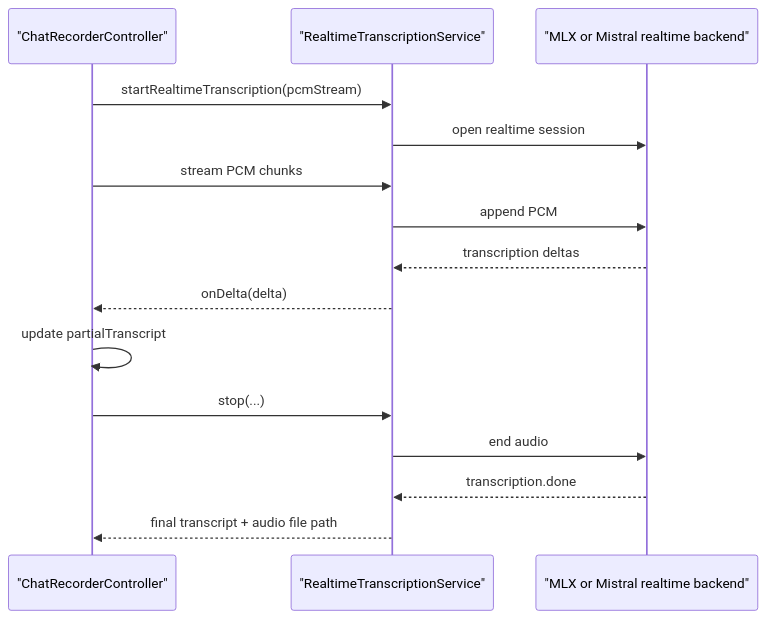
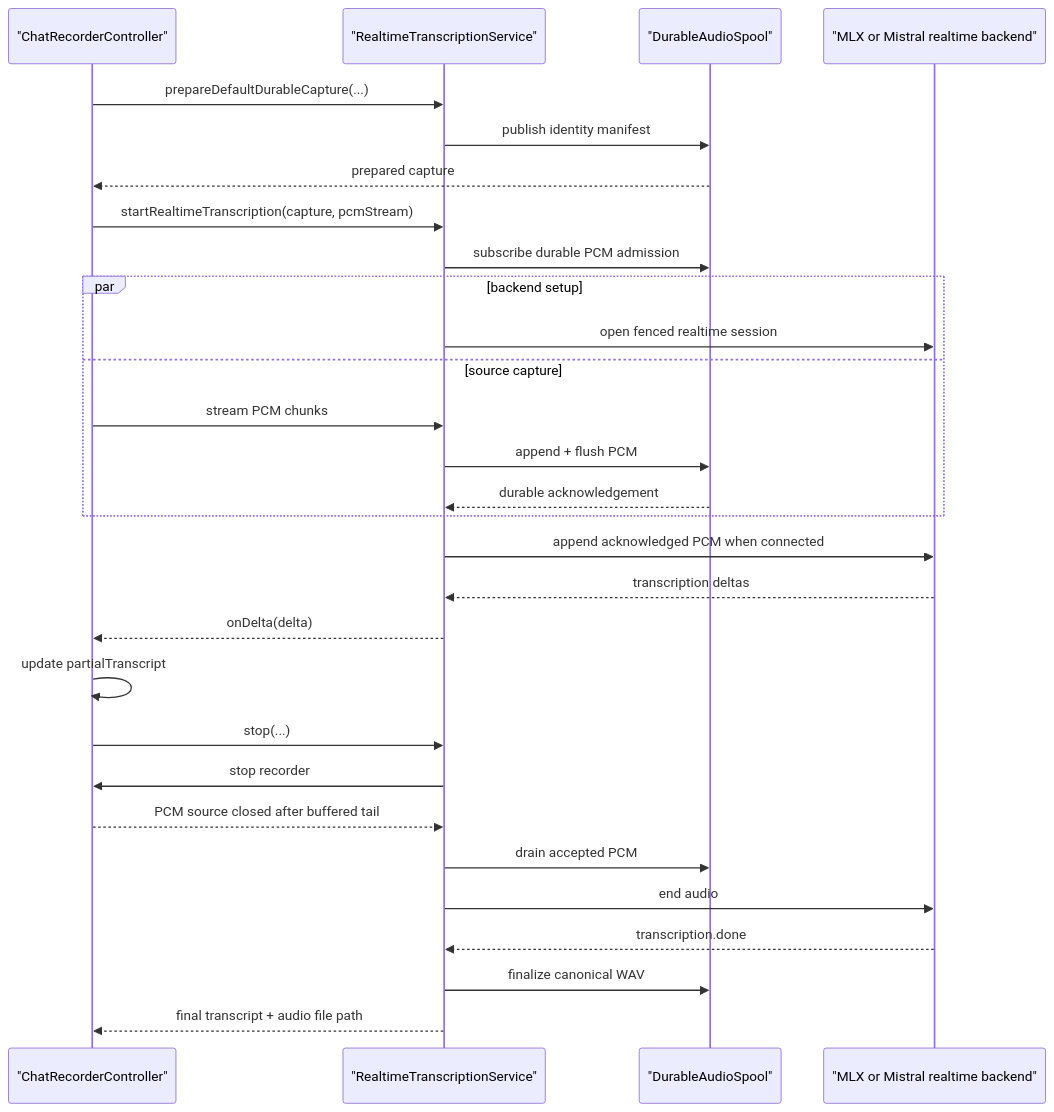
The sixth of 6 diagrams in lib/features/ai_chat/README.md (matthiasn/lotti), drawn with Mermaid before and after one commit. The commit also changed other lines of this file and 74 other files, not shown here.

Commit message:
feat: make day audio capture durable before inference

````diff
--- a/lib/features/ai_chat/README.md
+++ b/lib/features/ai_chat/README.md
@@ -367,18 +378,32 @@
 ```mermaid
 sequenceDiagram
   participant UI as "ChatRecorderController"
   participant RT as "RealtimeTranscriptionService"
+  participant Spool as "DurableAudioSpool"
   participant Backend as "MLX or Mistral realtime backend"
 
-  UI->>RT: startRealtimeTranscription(pcmStream)
-  RT->>Backend: open realtime session
-  UI->>RT: stream PCM chunks
-  RT->>Backend: append PCM
+  UI->>RT: prepareDefaultDurableCapture(...)
+  RT->>Spool: publish identity manifest
+  Spool-->>UI: prepared capture
+  UI->>RT: startRealtimeTranscription(capture, pcmStream)
+  RT->>Spool: subscribe durable PCM admission
+  par backend setup
+    RT->>Backend: open fenced realtime session
+  and source capture
+    UI->>RT: stream PCM chunks
+    RT->>Spool: append + flush PCM
+    Spool-->>RT: durable acknowledgement
+  end
+  RT->>Backend: append acknowledged PCM when connected
   Backend-->>RT: transcription deltas
   RT-->>UI: onDelta(delta)
   UI->>UI: update partialTranscript
   UI->>RT: stop(...)
+  RT->>UI: stop recorder
+  UI-->>RT: PCM source closed after buffered tail
+  RT->>Spool: drain accepted PCM
   RT->>Backend: end audio
   Backend-->>RT: transcription.done
+  RT->>Spool: finalize canonical WAV
   RT-->>UI: final transcript + audio file path
 ```
````
